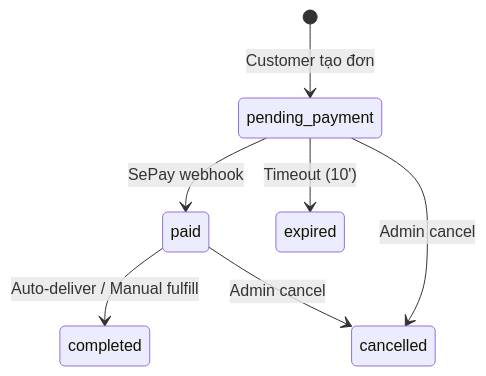
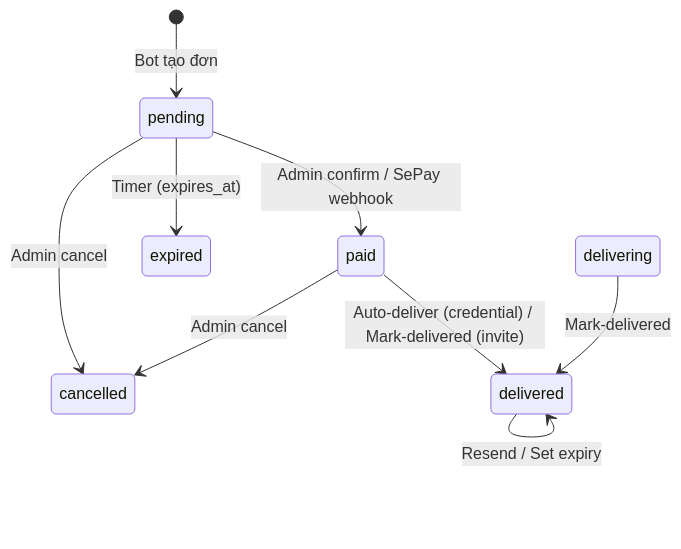
Before and after one commit to maingocanh1702/telegram-sales-bot: the diagram in docs/features/FE/feature_order_management.md, drawn with Mermaid. The commit also changed other lines of this file and 6 other files, not shown here.

````diff
--- a/docs/features/FE/feature_order_management.md
+++ b/docs/features/FE/feature_order_management.md
@@ -96,9 +107,11 @@
 ```mermaid
 stateDiagram-v2
-    [*] --> pending_payment: Customer tạo đơn
-    pending_payment --> paid: SePay webhook
-    pending_payment --> expired: Timeout (10')
-    paid --> completed: Auto-deliver / Manual fulfill
-    pending_payment --> cancelled: Admin cancel
+    [*] --> pending: Bot tạo đơn
+    pending --> paid: Admin confirm / SePay webhook
+    pending --> expired: Timer (expires_at)
+    pending --> cancelled: Admin cancel
+    paid --> delivered: Auto-deliver (credential) / Mark-delivered (invite)
     paid --> cancelled: Admin cancel
+    delivering --> delivered: Mark-delivered
+    delivered --> delivered: Resend / Set expiry
 ```
````
